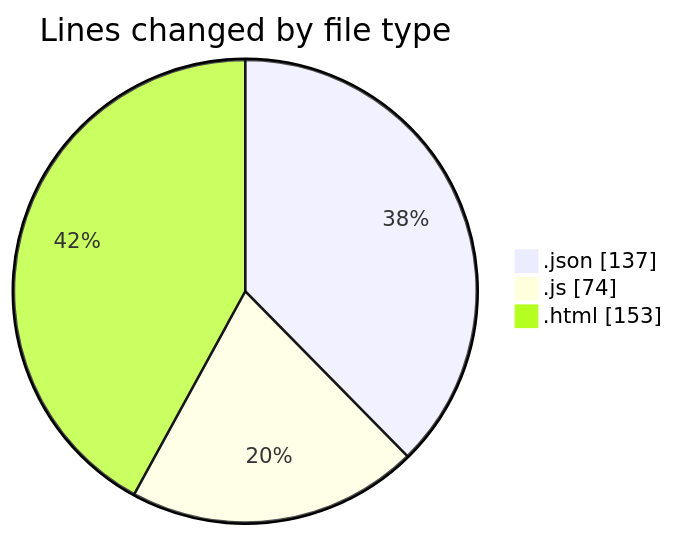
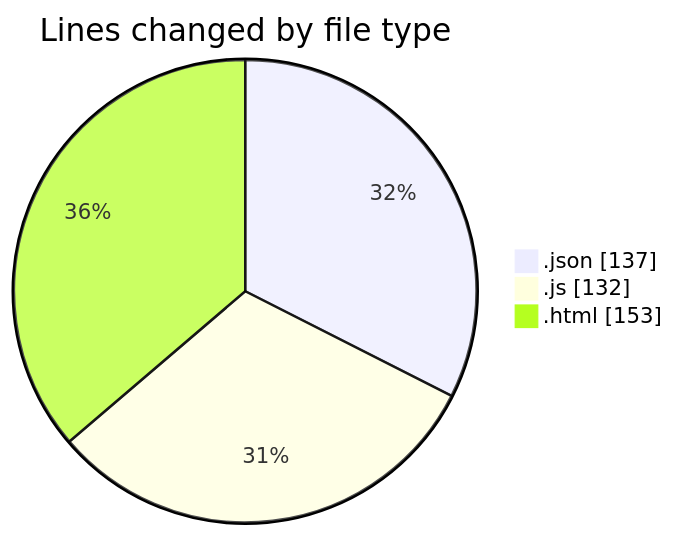
The first of 2 diagrams in 2025-11-09/movies/README.md (momahboobian/code-tracking), drawn with Mermaid before and after one commit. The commit also changed other lines of this file and 1 other file, not shown here.

````diff
--- a/2025-11-09/movies/README.md
+++ b/2025-11-09/movies/README.md
@@ -24,7 +24,7 @@
 ```mermaid
 pie showData
 title Lines changed by file type
 ".json" : 137
-".js" : 74
+".js" : 132
 ".html" : 153
 ```
````
